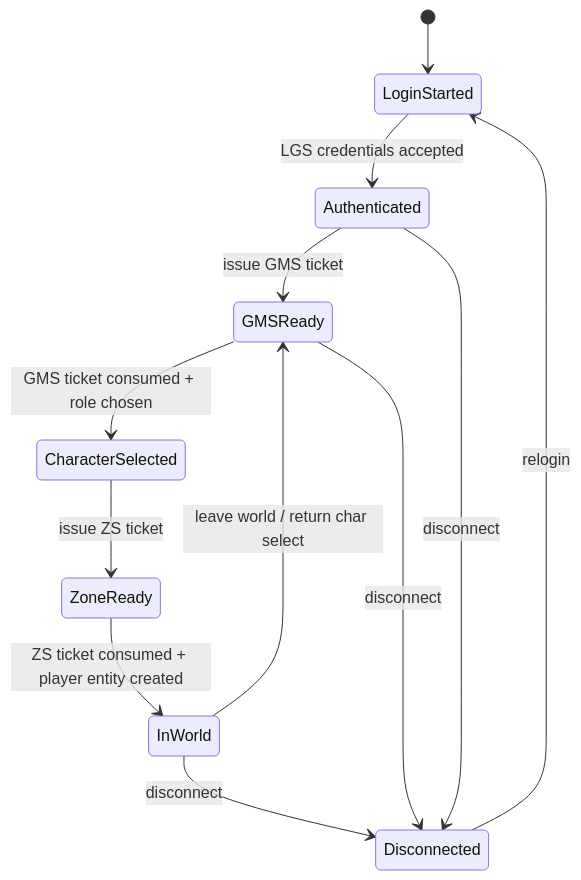
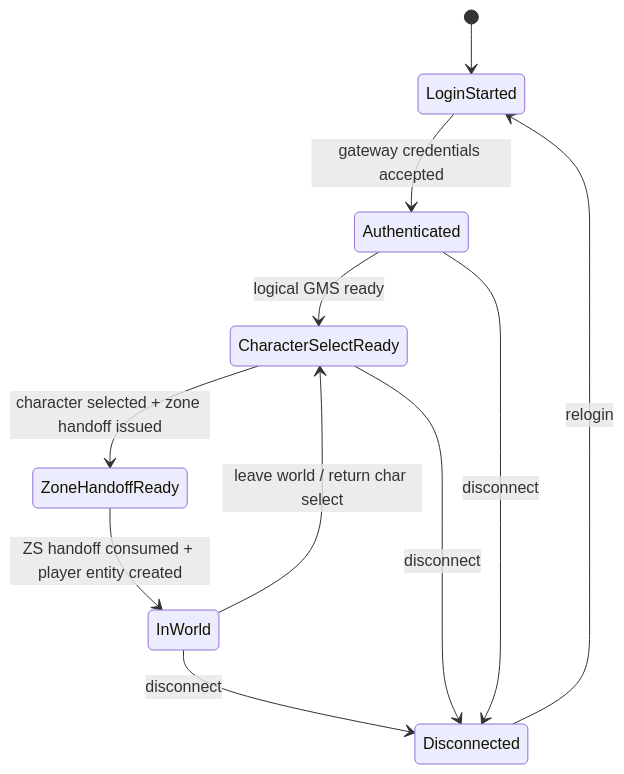
One commit to daidai118/server changed the first of 2 diagrams in docs/session-flow.md. Above: the diagram before and after it, drawn with Mermaid. The commit also changed other lines of this file and 28 other files, not shown here.

First line of the commit message:
feat(p0): add auth gateway and zone runtime

````diff
--- a/docs/session-flow.md
+++ b/docs/session-flow.md
@@ -19,14 +19,13 @@
 ```mermaid
 stateDiagram-v2
     [*] --> LoginStarted
-    LoginStarted --> Authenticated: LGS credentials accepted
-    Authenticated --> GMSReady: issue GMS ticket
-    GMSReady --> CharacterSelected: GMS ticket consumed + role chosen
-    CharacterSelected --> ZoneReady: issue ZS ticket
-    ZoneReady --> InWorld: ZS ticket consumed + player entity created
-    InWorld --> GMSReady: leave world / return char select
+    LoginStarted --> Authenticated: gateway credentials accepted
+    Authenticated --> CharacterSelectReady: logical GMS ready
+    CharacterSelectReady --> ZoneHandoffReady: character selected + zone handoff issued
+    ZoneHandoffReady --> InWorld: ZS handoff consumed + player entity created
+    InWorld --> CharacterSelectReady: leave world / return char select
     InWorld --> Disconnected: disconnect
-    GMSReady --> Disconnected: disconnect
+    CharacterSelectReady --> Disconnected: disconnect
     Authenticated --> Disconnected: disconnect
     Disconnected --> LoginStarted: relogin
 ```
````
